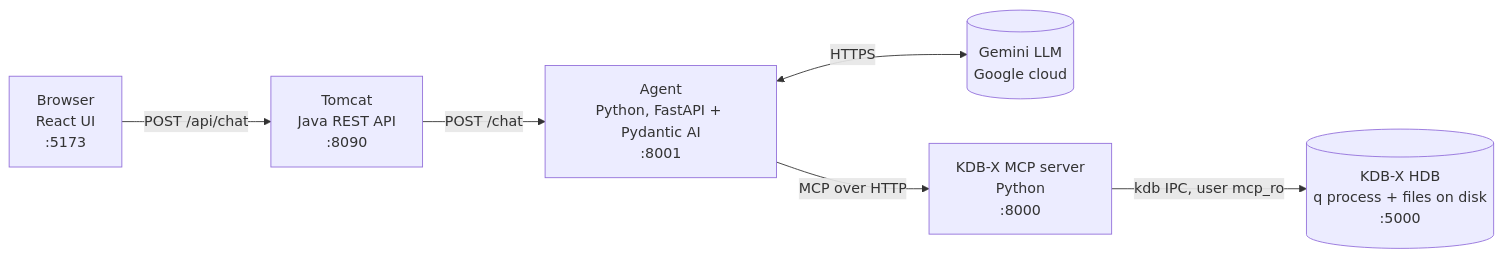
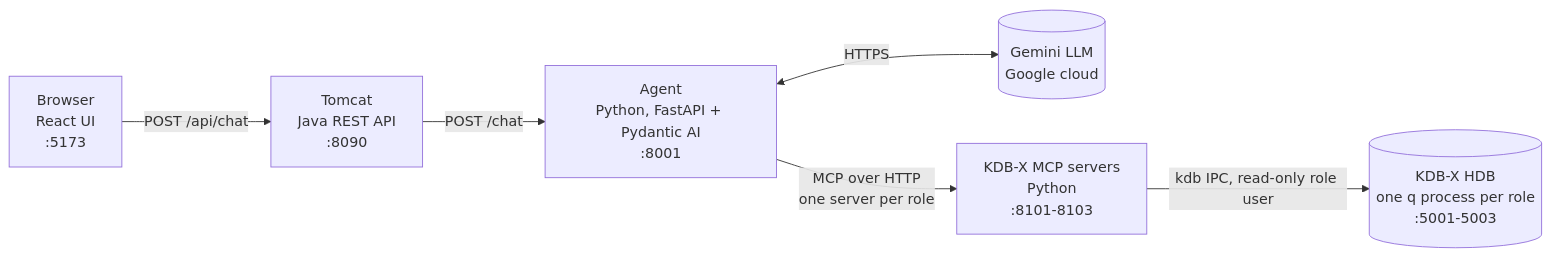
The first of 2 diagrams in doc/01-architecture.md (ronozh/kdb-ai-chat), drawn with Mermaid before and after one commit. The commit also changed other lines of this file and 9 other files, not shown here.

````diff
--- a/doc/01-architecture.md
+++ b/doc/01-architecture.md
@@ -11,8 +11,8 @@
 ```mermaid
 flowchart LR
     U[Browser<br/>React UI<br/>:5173] -->|POST /api/chat| T[Tomcat<br/>Java REST API<br/>:8090]
     T -->|POST /chat| A[Agent<br/>Python, FastAPI + Pydantic AI<br/>:8001]
     A <-->|HTTPS| G[(Gemini LLM<br/>Google cloud)]
-    A -->|MCP over HTTP| M[KDB-X MCP server<br/>Python<br/>:8000]
-    M -->|kdb IPC, user mcp_ro| K[(KDB-X HDB<br/>q process + files on disk<br/>:5000)]
+    A -->|MCP over HTTP<br/>one server per role| M[KDB-X MCP servers<br/>Python<br/>:8101-8103]
+    M -->|kdb IPC, read-only role user| K[(KDB-X HDB<br/>one q process per role<br/>:5001-5003)]
 ```
````
